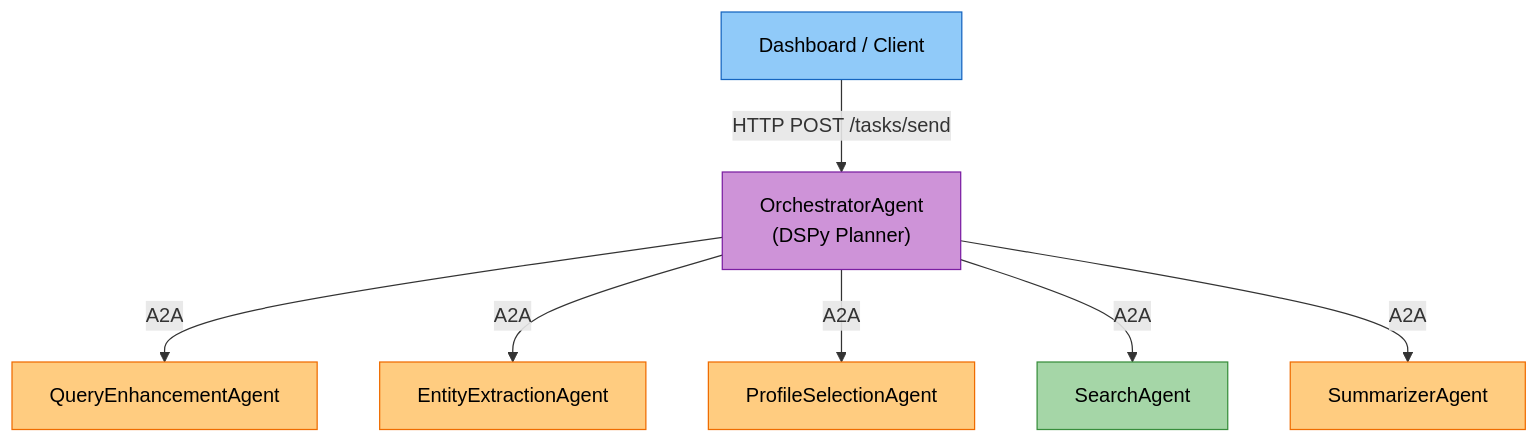
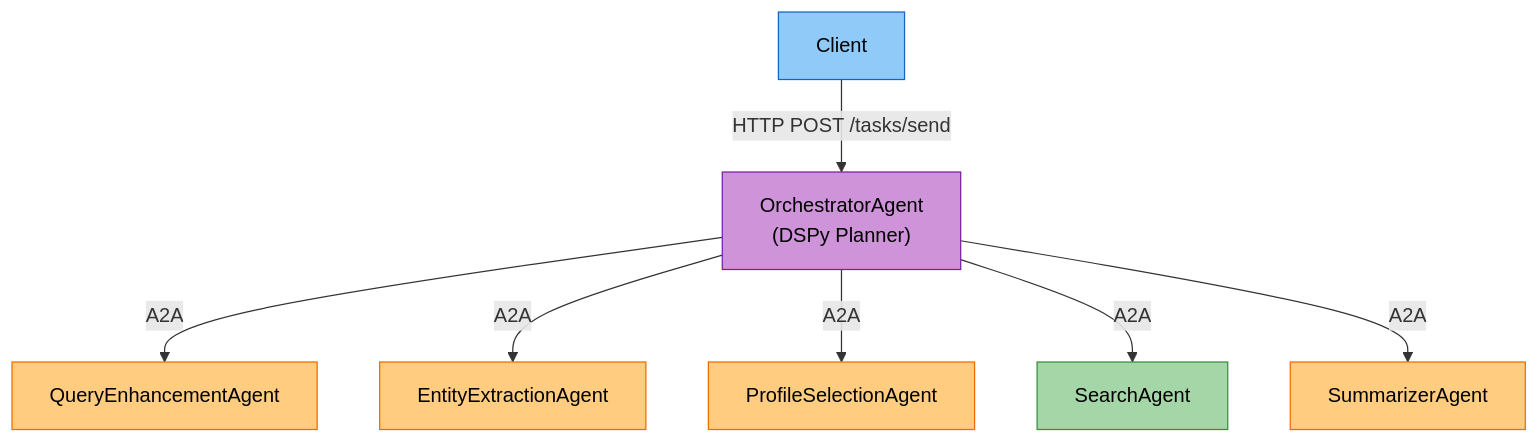
Before and after one commit to amit-jain/cogniverse: the third of 18 diagrams in docs/modules/agents.md, drawn with Mermaid. The commit also changed other lines of this file and 241 other files, not shown here.

````diff
--- a/docs/modules/agents.md
+++ b/docs/modules/agents.md
@@ -581,18 +581,18 @@
 ```mermaid
 flowchart TB
-    Dashboard["<span style='color:#000'>Dashboard / Client</span>"] -->|HTTP POST /tasks/send| Orchestrator["<span style='color:#000'>OrchestratorAgent<br/>(DSPy Planner)</span>"]
+    Client["<span style='color:#000'>Client</span>"] -->|HTTP POST /tasks/send| Orchestrator["<span style='color:#000'>OrchestratorAgent<br/>(DSPy Planner)</span>"]
 
     Orchestrator -->|A2A| QE["<span style='color:#000'>QueryEnhancementAgent</span>"]
     Orchestrator -->|A2A| EE["<span style='color:#000'>EntityExtractionAgent</span>"]
     Orchestrator -->|A2A| PS["<span style='color:#000'>ProfileSelectionAgent</span>"]
     Orchestrator -->|A2A| SA["<span style='color:#000'>SearchAgent</span>"]
     Orchestrator -->|A2A| SU["<span style='color:#000'>SummarizerAgent</span>"]
 
-    style Dashboard fill:#90caf9,stroke:#1565c0,color:#000
+    style Client fill:#90caf9,stroke:#1565c0,color:#000
     style Orchestrator fill:#ce93d8,stroke:#7b1fa2,color:#000
     style QE fill:#ffcc80,stroke:#ef6c00,color:#000
     style EE fill:#ffcc80,stroke:#ef6c00,color:#000
     style PS fill:#ffcc80,stroke:#ef6c00,color:#000
     style SA fill:#a5d6a7,stroke:#388e3c,color:#000
     style SU fill:#ffcc80,stroke:#ef6c00,color:#000
 ```
````
